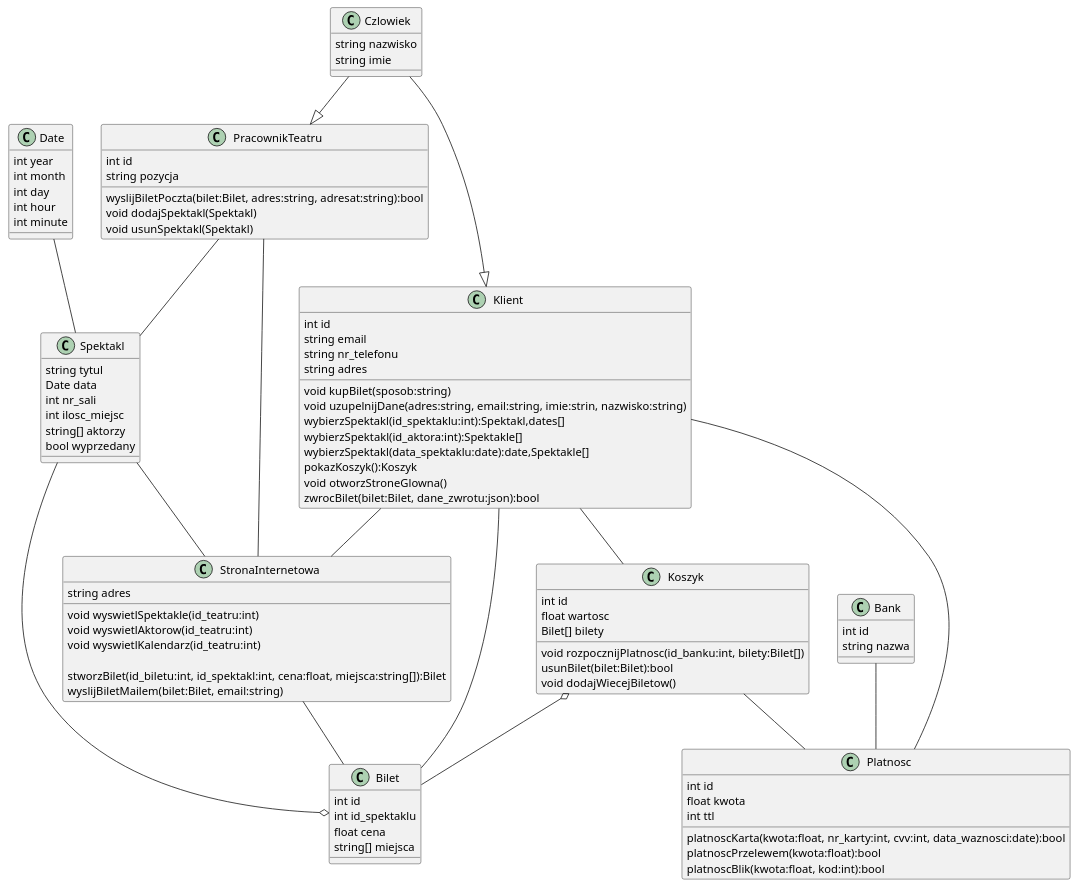
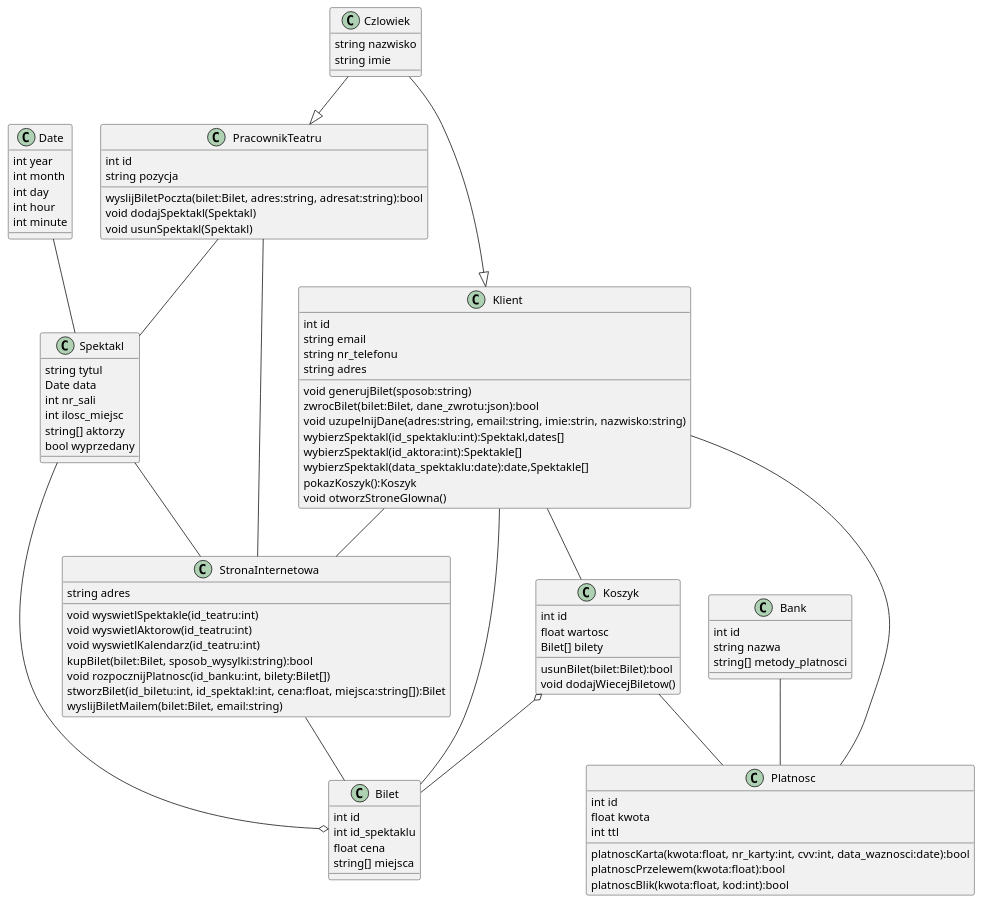
Before and after one commit to c4mp3r9/obiektowe: the diagram in class_diagram.plantuml, drawn with PlantUML. The commit also changed 3 other files, not shown here.

```diff
--- a/class_diagram.plantuml
+++ b/class_diagram.plantuml
@@ -1,118 +1,119 @@
 @startuml ClassDiagram
 
 
 class Date {
   int year
   int month
   int day
   int hour
   int minute
 }
 
 
 class Spektakl {
   string tytul
   Date data
   int nr_sali
   int ilosc_miejsc
   string[] aktorzy
   bool wyprzedany
 }
 
 class Czlowiek {
   string nazwisko
   string imie
 }
 class Klient {
   int id 
   string email
   string nr_telefonu
   string adres
   
-  void kupBilet(sposob:string)
+  void generujBilet(sposob:string)
+  zwrocBilet(bilet:Bilet, dane_zwrotu:json):bool
   void uzupelnijDane(adres:string, email:string, imie:strin, nazwisko:string)
   wybierzSpektakl(id_spektaklu:int):Spektakl,dates[]
   wybierzSpektakl(id_aktora:int):Spektakle[]
   wybierzSpektakl(data_spektaklu:date):date,Spektakle[]
   pokazKoszyk():Koszyk
   void otworzStroneGlowna()
-  zwrocBilet(bilet:Bilet, dane_zwrotu:json):bool
 }
 
 
 class Bank {
   int id 
   string nazwa
+  string[] metody_platnosci
 }
 
 class Platnosc {
   int id 
   float kwota
   int ttl
 
   platnoscKarta(kwota:float, nr_karty:int, cvv:int, data_waznosci:date):bool
   platnoscPrzelewem(kwota:float):bool
   platnoscBlik(kwota:float, kod:int):bool
 }
 
 class Bilet{
   int id 
   int id_spektaklu
   float cena
   string[] miejsca
 
 }
 
 
 class Koszyk {
   int id
   float wartosc
   Bilet[] bilety
 
-  void rozpocznijPlatnosc(id_banku:int, bilety:Bilet[])
   usunBilet(bilet:Bilet):bool
   void dodajWiecejBiletow()
 }
 
 
 class PracownikTeatru {
   int id
   string pozycja
 
   wyslijBiletPoczta(bilet:Bilet, adres:string, adresat:string):bool
   void dodajSpektakl(Spektakl)
   void usunSpektakl(Spektakl)
 }
 
 
 class StronaInternetowa {
   string adres
 
   void wyswietlSpektakle(id_teatru:int)
   void wyswietlAktorow(id_teatru:int)
   void wyswietlKalendarz(id_teatru:int)
-
+  kupBilet(bilet:Bilet, sposob_wysylki:string):bool
+  void rozpocznijPlatnosc(id_banku:int, bilety:Bilet[])
   stworzBilet(id_biletu:int, id_spektakl:int, cena:float, miejsca:string[]):Bilet
   wyslijBiletMailem(bilet:Bilet, email:string)
 }
 
 Klient -- StronaInternetowa
 Klient -- Koszyk
 Klient -- Platnosc
 Klient -- Bilet
 Koszyk o-- Bilet
 Koszyk -- Platnosc
 
 PracownikTeatru -- StronaInternetowa
 
 Bank -- Platnosc
 Bilet o-- Spektakl
 
 Date -- Spektakl
 Spektakl -- StronaInternetowa
 StronaInternetowa -- Bilet
 PracownikTeatru -- Spektakl
 
 Czlowiek --|> Klient 
 Czlowiek --|> PracownikTeatru
 @enduml
```
